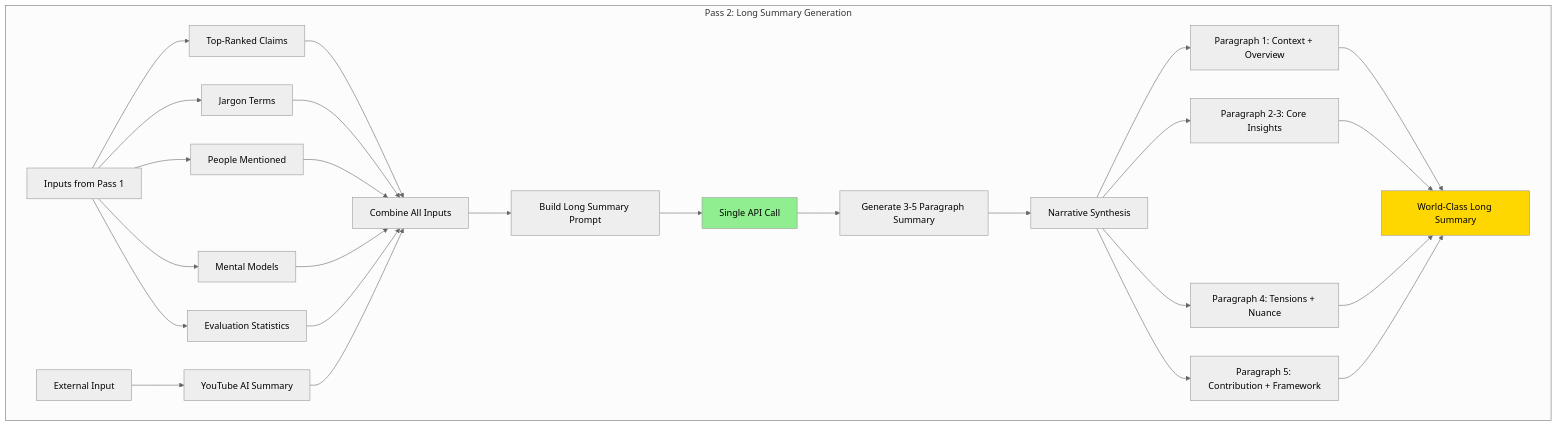
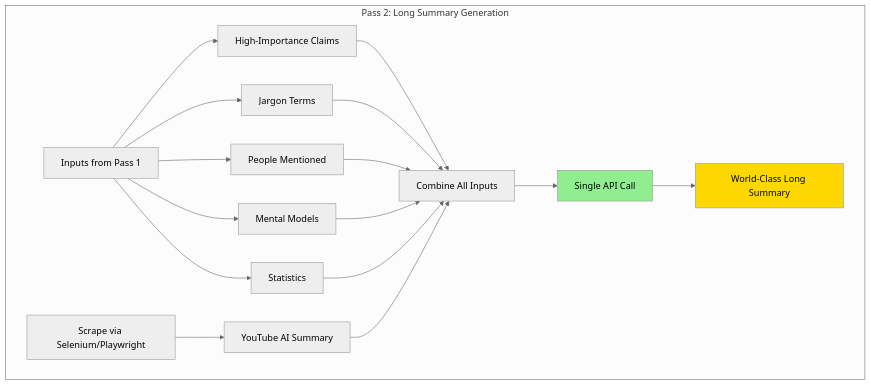
One commit to msg43/Knowledge_Chipper changed the fourth of 16 diagrams in WHOLE_DOCUMENT_MINING_DETAILED_PLAN.md. Above: the diagram before and after it, drawn with Mermaid (neutral theme). The commit also changed other lines of this file and 30 other files, not shown here.

````diff
--- a/WHOLE_DOCUMENT_MINING_DETAILED_PLAN.md
+++ b/WHOLE_DOCUMENT_MINING_DETAILED_PLAN.md
@@ -204,38 +189,25 @@
 ```mermaid
 flowchart TD
     subgraph Pass2 [Pass 2: Long Summary Generation]
-        Input2[Inputs from Pass 1] --> TopClaims[Top-Ranked Claims]
+        Input2[Inputs from Pass 1] --> HighImpClaims[High-Importance Claims]
         Input2 --> AllJargon[Jargon Terms]
         Input2 --> AllPeople[People Mentioned]
         Input2 --> AllConcepts[Mental Models]
-        Input2 --> Stats[Evaluation Statistics]
+        Input2 --> Stats[Statistics]
         
-        External[External Input] --> YTAI2[YouTube AI Summary]
+        External[Scrape via Selenium/Playwright] --> YTAISummary[YouTube AI Summary]
         
-        TopClaims --> Combine[Combine All Inputs]
+        HighImpClaims --> Combine[Combine All Inputs]
         AllJargon --> Combine
         AllPeople --> Combine
         AllConcepts --> Combine
         Stats --> Combine
-        YTAI2 --> Combine
+        YTAISummary --> Combine
         
-        Combine --> Prompt2[Build Long Summary Prompt]
-        Prompt2 --> API2[Single API Call]
-        
-        API2 --> Generate[Generate 3-5 Paragraph Summary]
-        Generate --> Narrative[Narrative Synthesis]
-        
-        Narrative --> Para1[Paragraph 1: Context + Overview]
-        Narrative --> Para2[Paragraph 2-3: Core Insights]
-        Narrative --> Para3[Paragraph 4: Tensions + Nuance]
-        Narrative --> Para4[Paragraph 5: Contribution + Framework]
-        
-        Para1 --> Final2[World-Class Long Summary]
-        Para2 --> Final2
-        Para3 --> Final2
-        Para4 --> Final2
+        Combine --> API2[Single API Call]
+        API2 --> Final2[World-Class Long Summary]
     end
     
     style API2 fill:#90EE90
     style Final2 fill:#FFD700
 ```
````
